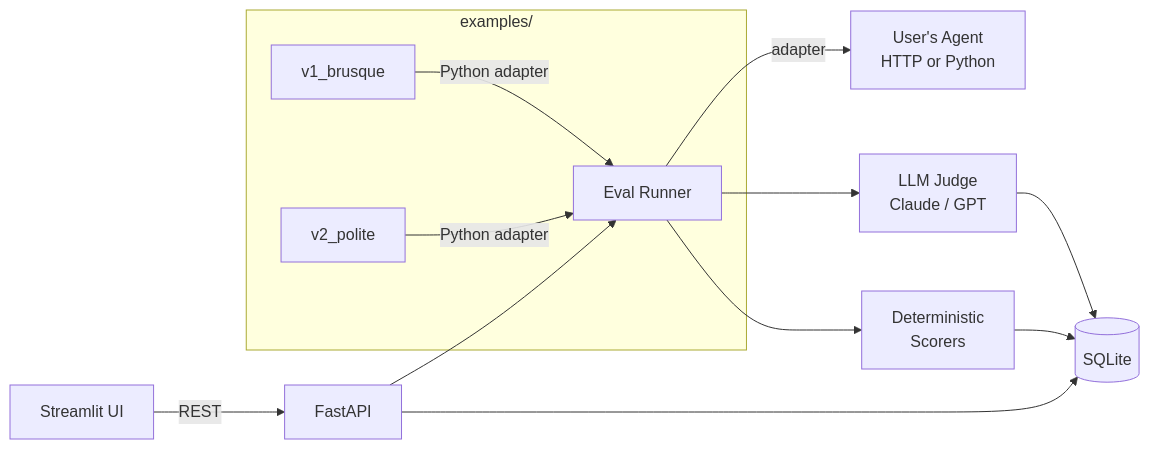
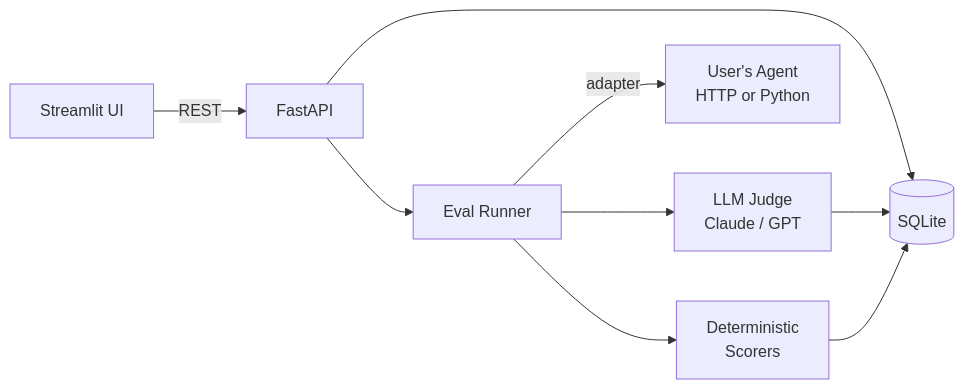
One commit to RitikPatill/agent-eval-lab-1792425379 changed the diagram in README.md. Above: the diagram before and after it, drawn with Mermaid. The commit also changed other lines of this file and 2 other files, not shown here.

````diff
--- a/README.md
+++ b/README.md
@@ -149,16 +55,11 @@
 ```mermaid
 flowchart LR
     UI[Streamlit UI] -->|REST| API[FastAPI]
     API --> DB[(SQLite)]
     API --> Runner[Eval Runner]
     Runner -->|adapter| Agent[User's Agent<br/>HTTP or Python]
     Runner --> Judge[LLM Judge<br/>Claude / GPT]
     Runner --> Det[Deterministic<br/>Scorers]
     Judge --> DB
     Det --> DB
-
-    subgraph examples/
-        V1[v1_brusque] -->|Python adapter| Runner
-        V2[v2_polite]  -->|Python adapter| Runner
-    end
 ```
````
